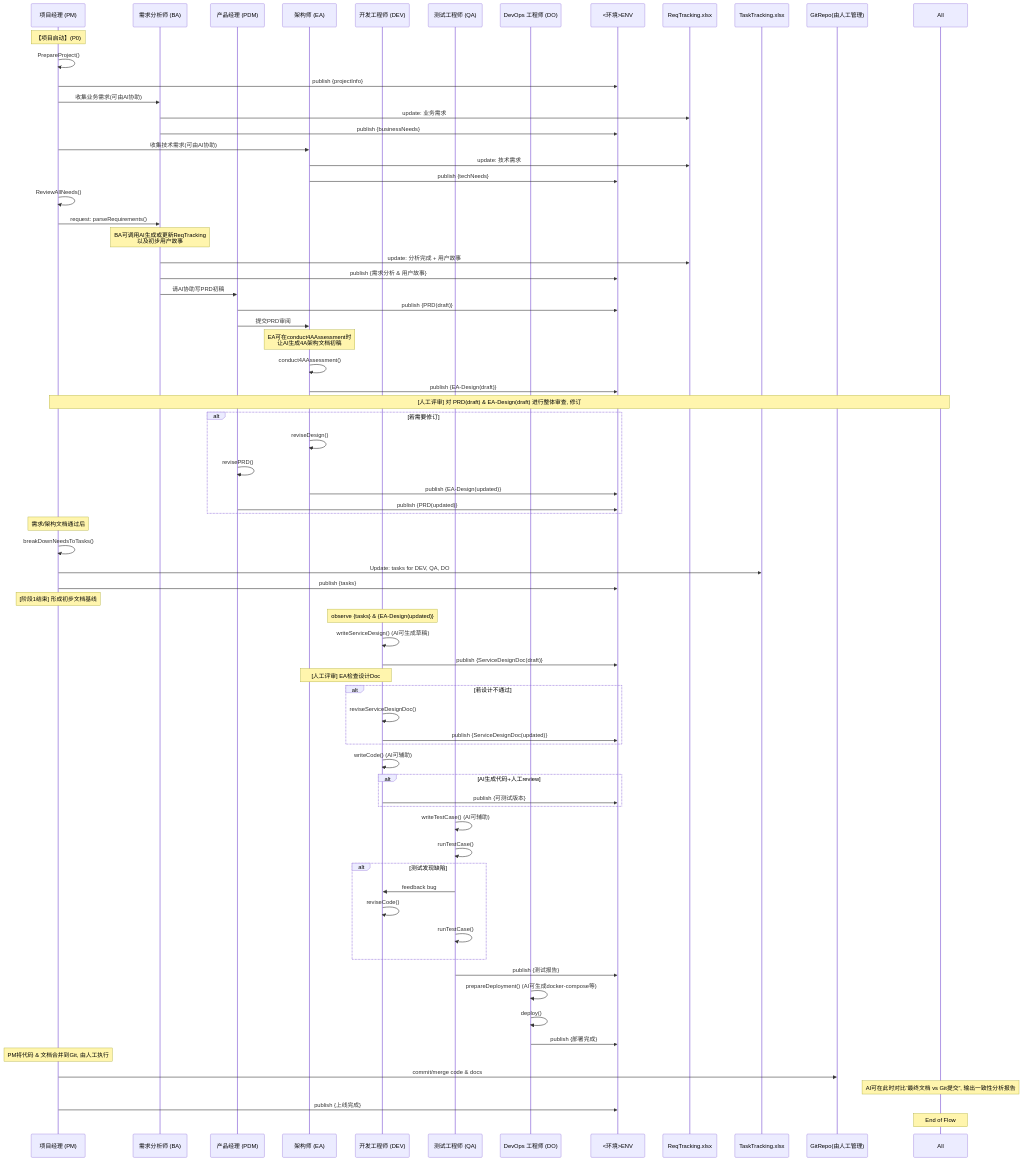
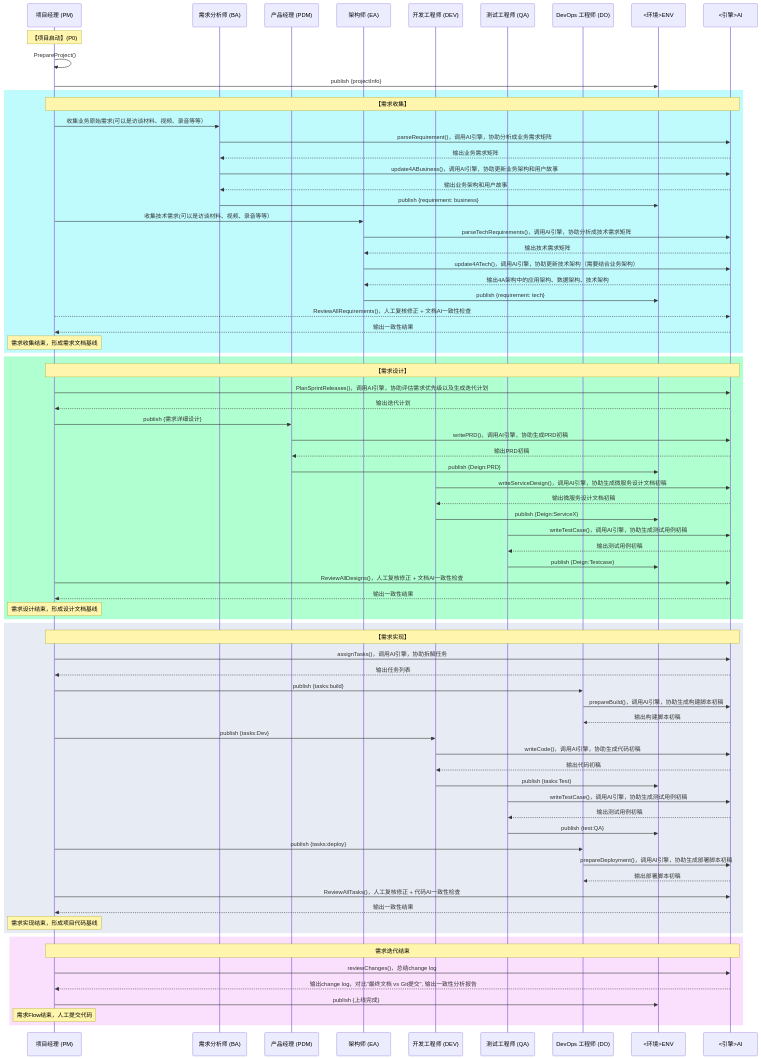
The diagram in docs/README_AICO_CN_1.2.md (Caijiacheng/MetaGPT), drawn with Mermaid before and after one commit. The commit also changed other lines of this file and 11 other files, not shown here.

````diff
--- a/docs/README_AICO_CN_1.2.md
+++ b/docs/README_AICO_CN_1.2.md
@@ -82,91 +81,89 @@
     participant QA as 测试工程师 (QA)
     participant DO as DevOps 工程师 (DO)
     participant ENV as <环境>ENV
-    participant DocReq as ReqTracking.xlsx
-    participant DocTask as TaskTracking.xlsx
-    participant Git as GitRepo(由人工管理)
-    
+    participant AI as <引擎>AI
+
     note over PM: 【项目启动】(P0)
 
-    %% =================
-    %% 阶段1: 需求分析阶段
-    %% =================
     PM->>PM: PrepareProject()
     PM->>ENV: publish {projectInfo}
+    
+   rect rgb(191, 250, 253)
+   note over PM,AI: 【需求收集】
+    PM->>BA: 收集业务原始需求(可以是访谈材料、视频、录音等等）
+    BA->>AI: parseRequirement()，调用AI引擎，协助分析成业务需求矩阵
+    AI-->>BA: 输出业务需求矩阵
+    BA->>AI: update4ABusiness()，调用AI引擎，协助更新业务架构和用户故事
+    AI-->>BA: 输出业务架构和用户故事
+    BA->>ENV: publish {requirement: business}
 
-    PM->>BA: 收集业务需求(可由AI协助)
-    BA->>DocReq: update: 业务需求
-    BA->>ENV: publish {businessNeeds}
 
-    PM->>EA: 收集技术需求(可由AI协助)
-    EA->>DocReq: update: 技术需求
-    EA->>ENV: publish {techNeeds}
+    PM->>EA: 收集技术需求(可以是访谈材料、视频、录音等等）
+    EA->>AI: parseTechRequirements()，调用AI引擎，协助分析成技术需求矩阵
+    AI-->>EA: 输出技术需求矩阵
+    EA->>AI: update4ATech()，调用AI引擎，协助更新技术架构（需要结合业务架构）
+    AI-->>EA: 输出4A架构中的应用架构、数据架构、技术架构
+    EA->>ENV: publish {requirement: tech}
 
-    PM->>PM: ReviewAllNeeds()
-    PM->>BA: request: parseRequirements()
-    note over BA: BA可调用AI生成或更新ReqTracking<br/>以及初步用户故事
-    BA->>DocReq: update: 分析完成 + 用户故事
-    BA->>ENV: publish {需求分析 & 用户故事}
+    PM-->>AI: ReviewAllRequirements()，人工复核修正 + 文档AI一致性检查
+    AI-->>PM: 输出一致性结果
+    note over PM: 需求收集结束，形成需求文档基线
+    end
+    rect rgb(176, 255, 208)
+    note over PM,AI: 【需求设计】
+    PM->>AI: PlanSprintReleases()，调用AI引擎，协助评估需求优先级以及生成迭代计划
+    AI-->>PM: 输出迭代计划
+    PM->>PDM: publish {需求详细设计}
 
-    BA->>PDM: 请AI协助写PRD初稿
-    PDM->>ENV: publish {PRD(draft)}
+    PDM->>AI: writePRD()，调用AI引擎，协助生成PRD初稿
+    AI-->>PDM: 输出PRD初稿
+    PDM->>ENV: publish {Deign:PRD}
 
-    PDM->>EA: 提交PRD审阅
-    note over EA: EA可在conduct4AAssessment时<br/>让AI生成4A架构文档初稿
-    EA->>EA: conduct4AAssessment()
-    EA->>ENV: publish {EA-Design(draft)}
+    DEV->>AI: writeServiceDesign()，调用AI引擎，协助生成微服务设计文档初稿
+    AI-->>DEV: 输出微服务设计文档初稿
+    DEV->>ENV: publish {Deign:ServiceX}
 
-    note over PM,All: [人工评审] 对 PRD(draft) & EA-Design(draft) 进行整体审查, 修订
-    alt 若需要修订
-        EA->>EA: reviseDesign()
-        PDM->>PDM: revisePRD()
-        EA->>ENV: publish {EA-Design(updated)}
-        PDM->>ENV: publish {PRD(updated)}
+    QA->>AI: writeTestCase()，调用AI引擎，协助生成测试用例初稿
+    AI-->>QA: 输出测试用例初稿
+    QA->>ENV: publish {Deign:Testcase}
+
+    PM->>AI: ReviewAllDesigns()，人工复核修正 + 文档AI一致性检查
+    AI-->>PM: 输出一致性结果
+    note over PM: 需求设计结束，形成设计文档基线
     end
+    rect rgb(231, 235, 243)
+    note over PM,AI: 【需求实现】
 
-    note over PM: 需求/架构文档通过后
-    PM->>PM: breakDownNeedsToTasks()
-    PM->>DocTask: Update: tasks for DEV, QA, DO
-    PM->>ENV: publish {tasks}
+    PM->>AI: assignTasks()，调用AI引擎，协助拆解任务
+    AI-->>PM: 输出任务列表
 
-    note over PM: [阶段1结束] 形成初步文档基线
+    PM->>DO: publish {tasks:build}
+    DO->>AI: prepareBuild()，调用AI引擎，协助生成构建脚本初稿
+    AI-->>DO: 输出构建脚本初稿
+    
+    PM->>DEV: publish {tasks:Dev}
+    DEV->>AI: writeCode()，调用AI引擎，协助生成代码初稿
+    AI-->>DEV: 输出代码初稿
 
-    %% =================
-    %% 阶段2: 需求实现阶段
-    %% =================
-    note over DEV: observe {tasks} & {EA-Design(updated)}
-    DEV->>DEV: writeServiceDesign() (AI可生成草稿)
-    DEV->>ENV: publish {ServiceDesignDoc(draft)}
+    DEV->>ENV: publish {tasks:Test}
+    QA->>AI: writeTestCase()，调用AI引擎，协助生成测试用例初稿
+    AI-->>QA: 输出测试用例初稿
+    QA->>ENV: publish {test:QA}
 
-    note over EA,DEV: [人工评审] EA检查设计Doc
-    alt 若设计不通过
-        DEV->>DEV: reviseServiceDesignDoc()
-        DEV->>ENV: publish {ServiceDesignDoc(updated)}
+    PM->>DO: publish {tasks:deploy}
+    DO->>AI: prepareDeployment()，调用AI引擎，协助生成部署脚本初稿
+    AI-->>DO: 输出部署脚本初稿
+
+    PM->>AI: ReviewAllTasks()，人工复核修正 + 代码AI一致性检查
+    AI-->>PM: 输出一致性结果
+    note over PM: 需求实现结束，形成项目代码基线
+   end
+   rect rgb(250, 224, 252)
+    note over PM,AI: 需求迭代结束
+    PM->>AI: reviewChanges()，总结change log
+    AI-->>PM: 输出change log，对比"最终文档 vs Git提交", 输出一致性分析报告
+    PM->>ENV: publish {上线完成}    
+    note over PM: 需求Flow结束，人工提交代码
     end
-
-    DEV->>DEV: writeCode() (AI可辅助)
-    alt AI生成代码+人工review
-        DEV->>ENV: publish {可测试版本}
-    end
-
-    QA->>QA: writeTestCase() (AI可辅助)
-    QA->>QA: runTestCase()
-    alt 测试发现缺陷
-        QA->>DEV: feedback bug
-        DEV->>DEV: reviseCode()
-        QA->>QA: runTestCase()
-    end
-    QA->>ENV: publish {测试报告}
-
-    DO->>DO: prepareDeployment() (AI可生成docker-compose等)
-    DO->>DO: deploy()
-    DO->>ENV: publish {部署完成}
-
-    note over PM: PM将代码 & 文档合并到Git, 由人工执行
-    PM->>Git: commit/merge code & docs
-
-    note over All: AI可在此时对比“最终文档 vs Git提交”, 输出一致性分析报告
-
-    PM->>ENV: publish {上线完成}
-    note over All: End of Flow
+    
 ```
````
